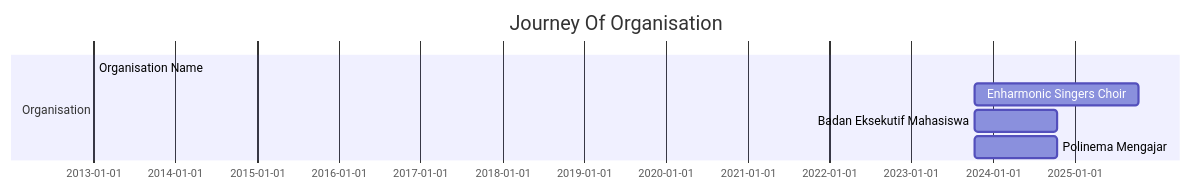
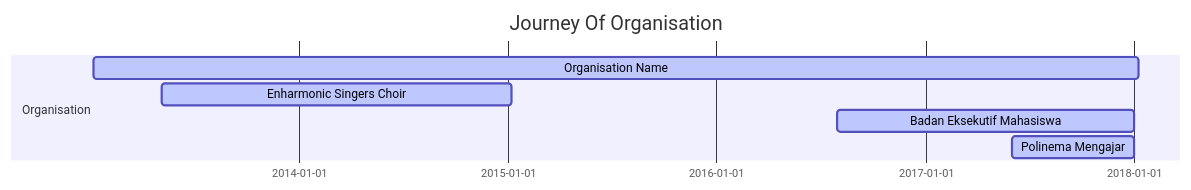
Before and after one commit to revou-fsse-3/Module-1-Dhea-Fiky-Fatchatur-Rizky: the fifth of 6 diagrams in README.md, drawn with Mermaid. The commit also changed other lines of this file, not shown here.

````diff
--- a/README.md
+++ b/README.md
@@ -64,12 +91,12 @@
 ```mermaid
 gantt
 dateFormat  YYYY-MM-DD
 title Journey Of Organisation
 
+section Organisation
 
-section Organisation
-Organisation Name         :active,   2013,2018
-Enharmonic Singers Choir  : jan, after des1, 2y
-Badan Eksekutif Mahasiswa : jan, after des2, 1y
-Polinema Mengajar : jan, after des2, 1y
+Organisation Name         :active,   2013-01-06,2018-01-08
+Enharmonic Singers Choir  : active,  2013-05-06,2015-01-08
+Badan Eksekutif Mahasiswa : active, 2016-07-30,2017-12-31
+Polinema Mengajar : active, 2017-06-01,2017-12-31
 ```
````
